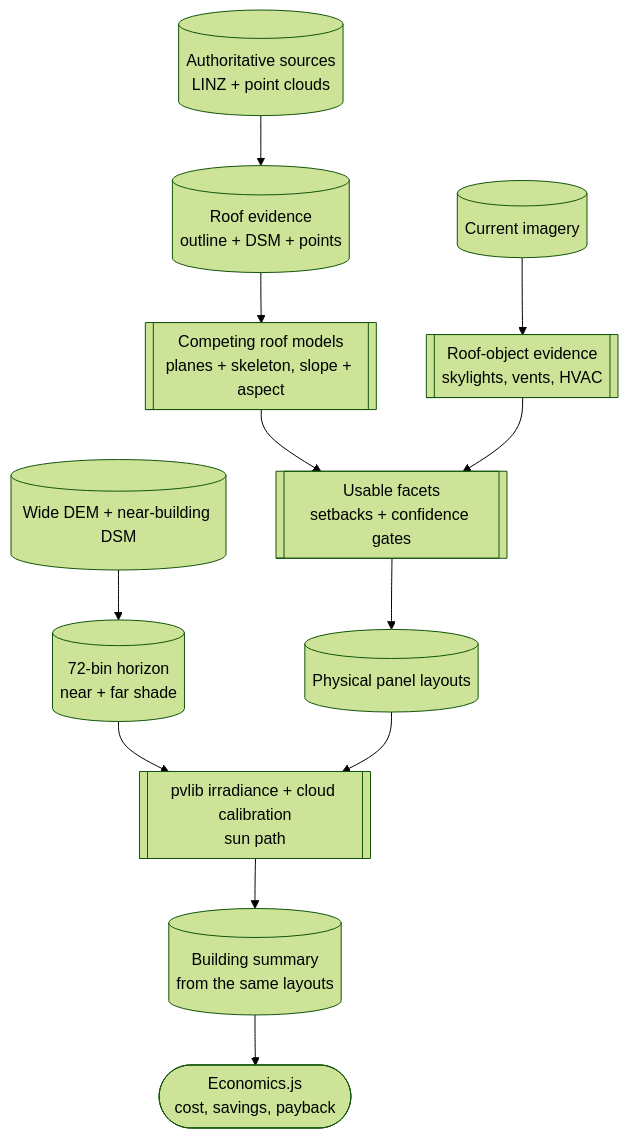
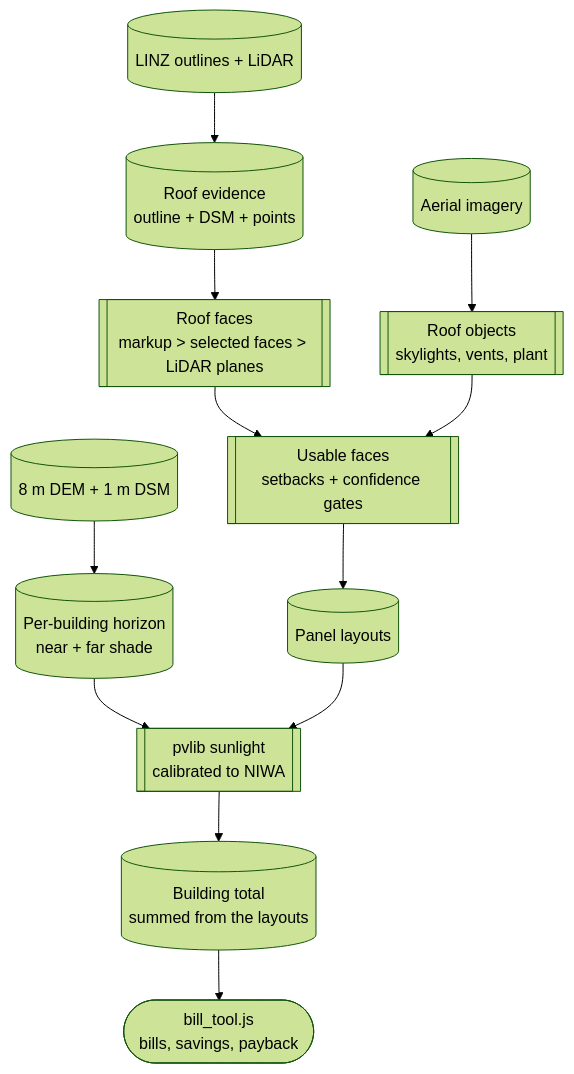
Before and after one commit to rewiring-nz/nz-solar-potential: the diagram in docs/theory/theory.md, drawn with Mermaid (forest theme). The commit also changed other lines of this file and 25 other files, not shown here.

First line of the commit message:
Docs in plain language, and correct: method page, README sources, economics, BACKLOG open items only

````diff
--- a/docs/theory/theory.md
+++ b/docs/theory/theory.md
@@ -40,14 +24,14 @@
 ```mermaid
 flowchart TB
-  A[(Authoritative sources\nLINZ + point clouds)] --> B[(Roof evidence\noutline + DSM + points)]
-  B --> C[[Competing roof models\nplanes + skeleton, slope + aspect]]
-  I[(Current imagery)] --> D[[Roof-object evidence\nskylights, vents, HVAC]]
-  C --> E[[Usable facets\nsetbacks + confidence gates]]
+  A[(LINZ outlines + LiDAR)] --> B[(Roof evidence\noutline + DSM + points)]
+  B --> C[[Roof faces\nmarkup > selected faces > LiDAR planes]]
+  I[(Aerial imagery)] --> D[[Roof objects\nskylights, vents, plant]]
+  C --> E[[Usable faces\nsetbacks + confidence gates]]
   D --> E
-  T[(Wide DEM + near-building DSM)] --> F[(72-bin horizon\nnear + far shade)]
-  E --> G[(Physical panel layouts)]
-  F --> H[[pvlib irradiance + cloud calibration\nsun path]]
+  T[(8 m DEM + 1 m DSM)] --> F[(Per-building horizon\nnear + far shade)]
+  E --> G[(Panel layouts)]
+  F --> H[[pvlib sunlight\ncalibrated to NIWA]]
   G --> H
-  H --> J[(Building summary\nfrom the same layouts)]
-  J --> K([Economics.js\ncost, savings, payback])
+  H --> J[(Building total\nsummed from the layouts)]
+  J --> K([bill_tool.js\nbills, savings, payback])
 ```
````
